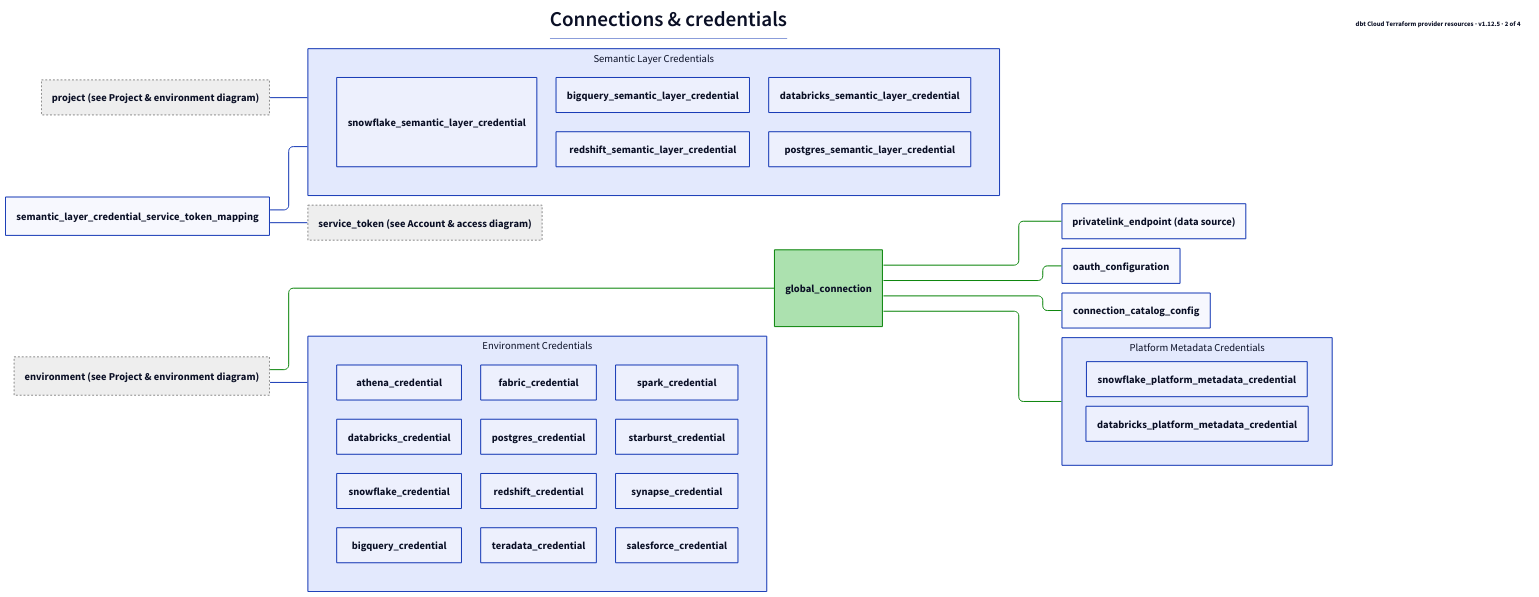
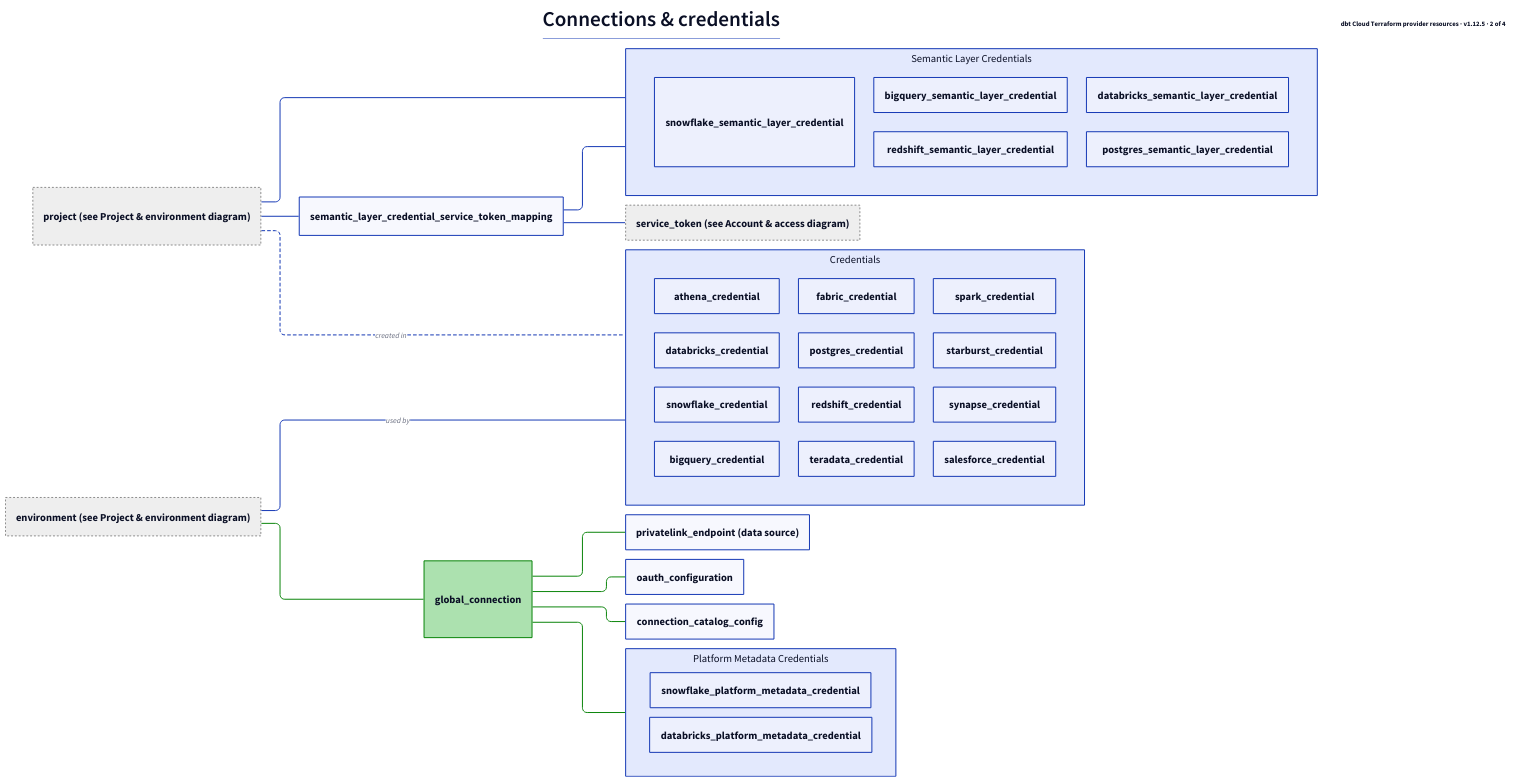
The diagram in terraform_resources_connections_credentials.d2 (dbt-labs/terraform-provider-dbtcloud), drawn with D2 before and after one commit. The commit also changed 3 other files, not shown here.

First line of the commit message:
Fix credential/project/profile relationships found in resource audit

```diff
--- a/terraform_resources_connections_credentials.d2
+++ b/terraform_resources_connections_credentials.d2
@@ -1,98 +1,104 @@
 vars: {
   d2-config: {
     layout-engine: elk
   }
 }
 
 *.style.font-size: 22
 *.*.style.font-size: 22
 
 title: |md
   # Connections & credentials
 | {near: top-center}
 
 version_note: "dbt Cloud Terraform provider resources · v1.12.5 · 2 of 4" {
   near: top-right
   style: {
     font-size: 14
     stroke: transparent
     fill: transparent
   }
 }
 
 direction: right
 
 classes: {
   external: {
     style: {
       stroke-dash: 2
       stroke: "#888888"
       fill: "#EEEEEE"
     }
   }
 }
 
 project: "project (see Project & environment diagram)" {
   class: external
 }
 environment: "environment (see Project & environment diagram)" {
   class: external
 }
 service_token: "service_token (see Account & access diagram)" {
   class: external
 }
 
 global_connection: {
   style: {
     fill: "#ACE1AF"
     stroke: green
   }
 }
 oauth_configuration
 privatelink_endpoint: privatelink_endpoint (data source)
 connection_catalog_config
 semantic_layer_credential_service_token_mapping
 
-env_creds: Environment Credentials {
+env_creds: Credentials {
   grid-columns: 3
   athena_credential
   databricks_credential
   snowflake_credential
   bigquery_credential
   fabric_credential
   postgres_credential
   redshift_credential
   teradata_credential
   spark_credential
   starburst_credential
   synapse_credential
   salesforce_credential
 }
 
 semantic_layer: Semantic Layer Credentials {
   grid-columns: 3
   snowflake_semantic_layer_credential
   bigquery_semantic_layer_credential
   redshift_semantic_layer_credential
   databricks_semantic_layer_credential
   postgres_semantic_layer_credential
 }
 
 platform_metadata: Platform Metadata Credentials {
   snowflake_platform_metadata_credential
   databricks_platform_metadata_credential
 }
 
 environment -- global_connection
-environment -- env_creds
+project -- env_creds: created in {
+  style: {
+    stroke-dash: 3
+  }
+}
+environment -- env_creds: used by
 global_connection -- privatelink_endpoint
 global_connection -- oauth_configuration
 global_connection -- connection_catalog_config
 global_connection -- platform_metadata
 
 project -- semantic_layer
+project -- semantic_layer_credential_service_token_mapping
 semantic_layer_credential_service_token_mapping -- semantic_layer
 semantic_layer_credential_service_token_mapping -- service_token
 
 (global_connection -- *)[*].style.stroke: green
 (* -- global_connection)[*].style.stroke: green
```
